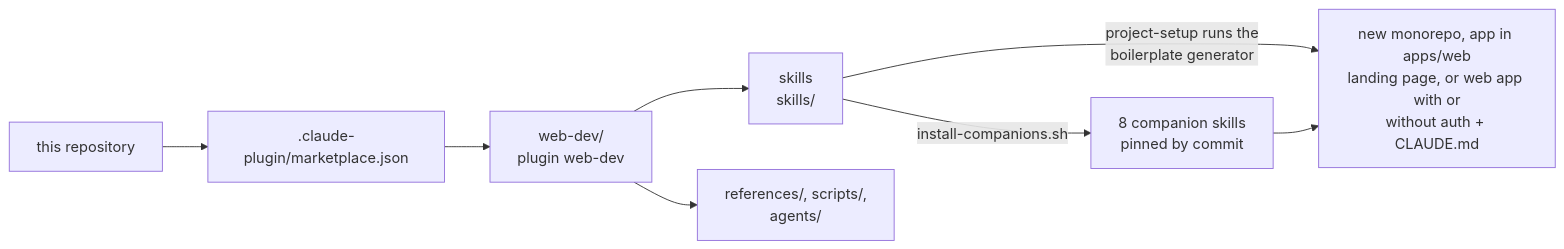
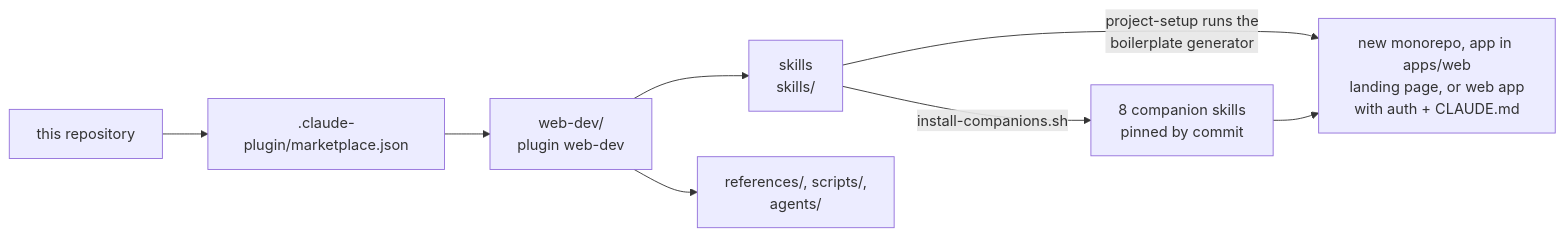
Before and after one commit to loiphan-agilityio/web-dev-plugin: the first of 4 diagrams in DESIGN.md, drawn with Mermaid. The commit also changed other lines of this file and 22 other files, not shown here.

First line of the commit message:
feat(project-setup): ask one question, a web app always has authentication

````diff
--- a/DESIGN.md
+++ b/DESIGN.md
@@ -8,10 +8,10 @@
 ```mermaid
 flowchart LR
   repo["this repository"] --> mkt[".claude-plugin/marketplace.json"]
   mkt --> plugin["web-dev/<br/>plugin web-dev"]
   plugin --> skills["skills<br/>skills/"]
   plugin --> shared["references/, scripts/,<br/>agents/"]
-  skills -->|project-setup runs the<br/>boilerplate generator| app["new monorepo, app in apps/web<br/>landing page, or web app with or<br/>without auth + CLAUDE.md"]
+  skills -->|project-setup runs the<br/>boilerplate generator| app["new monorepo, app in apps/web<br/>landing page, or web app<br/>with auth + CLAUDE.md"]
   skills -->|install-companions.sh| comp["8 companion skills<br/>pinned by commit"]
   comp --> app
 ```
````
